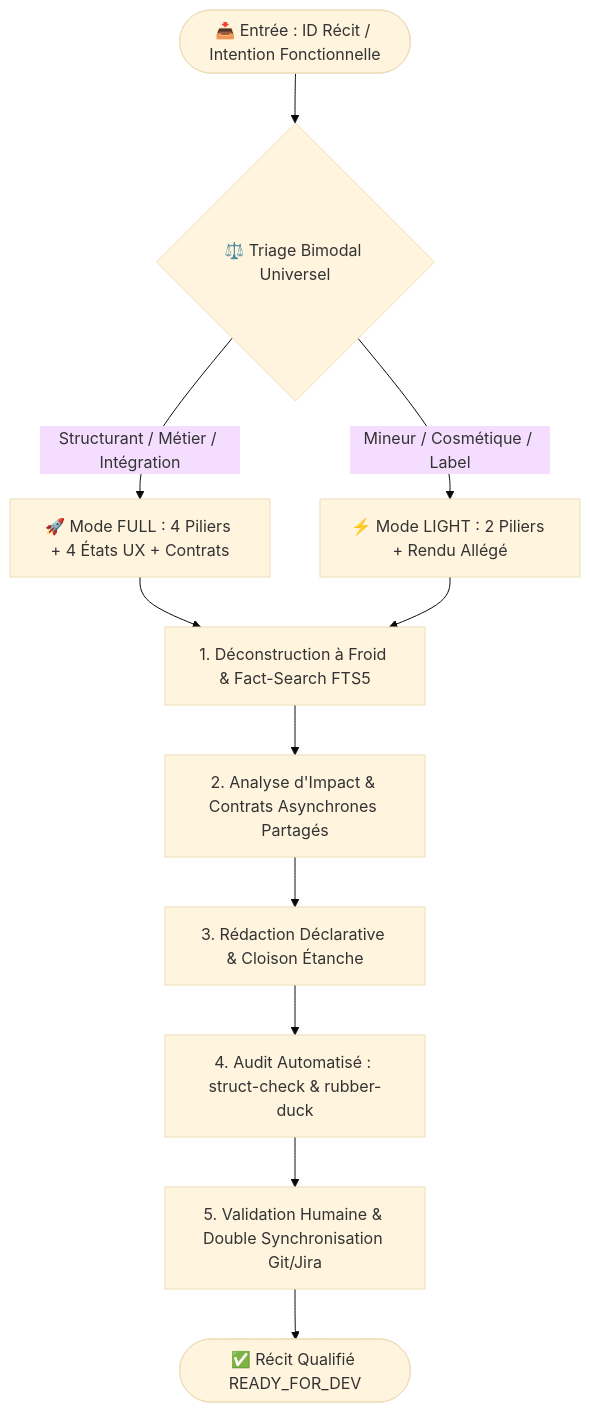
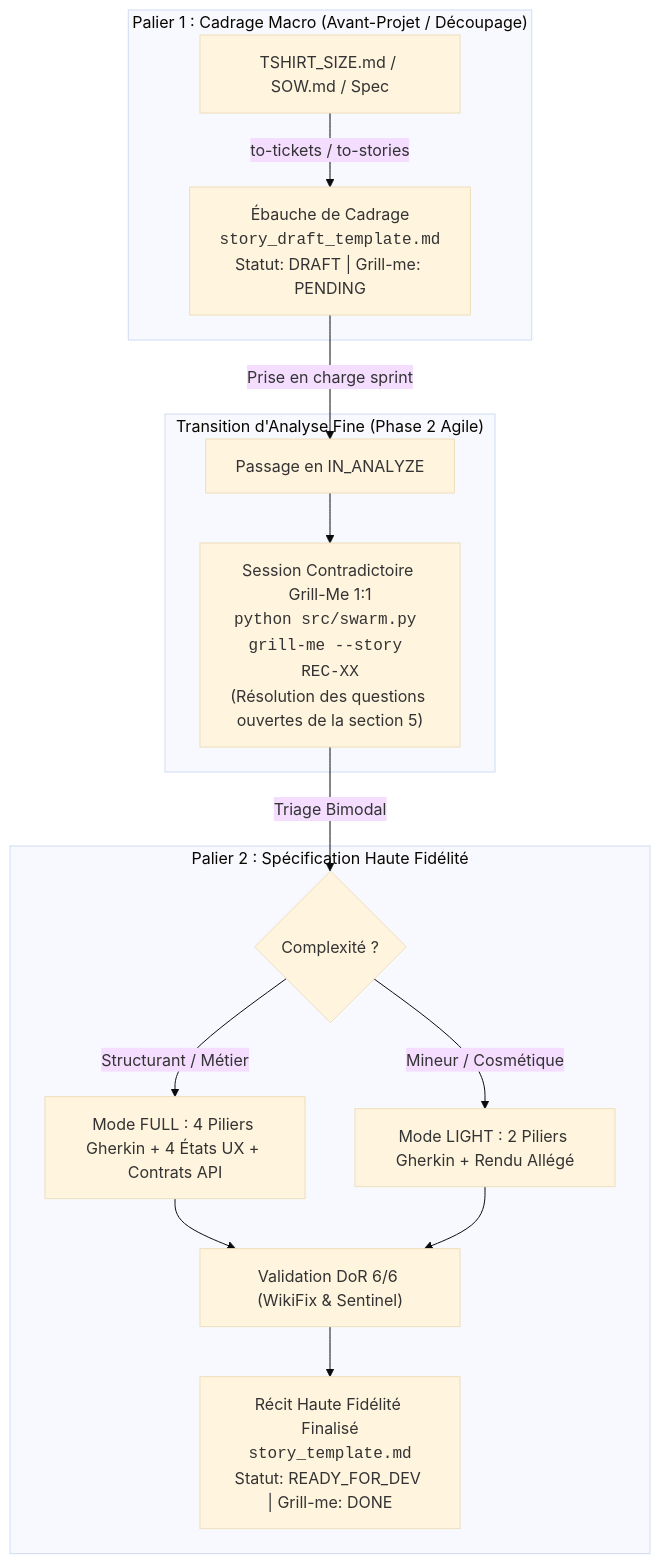
Before and after one commit to Marco-Lefrancois/memory-loop: the diagram in standards/protocols/STORY_AUTHORING_FRAMEWORK.md, drawn with Mermaid (base theme). The commit also changed other lines of this file and 88 other files, not shown here.

````diff
--- a/standards/protocols/STORY_AUTHORING_FRAMEWORK.md
+++ b/standards/protocols/STORY_AUTHORING_FRAMEWORK.md
@@ -34,16 +27,20 @@
 ```mermaid
 flowchart TD
-    Start([📥 Entrée : ID Récit / Intention Fonctionnelle]) --> Step0{⚖️ Triage Bimodal Universel}
-    
-    Step0 -->|Structurant / Métier / Intégration| FullMode[🚀 Mode FULL : 4 Piliers + 4 États UX + Contrats]
-    Step0 -->|Mineur / Cosmétique / Label| LightMode[⚡ Mode LIGHT : 2 Piliers + Rendu Allégé]
-    
-    FullMode --> Step1[1. Déconstruction à Froid & Fact-Search FTS5]
-    LightMode --> Step1
-    
-    Step1 --> Step2[2. Analyse d'Impact & Contrats Asynchrones Partagés]
-    Step2 --> Step3[3. Rédaction Déclarative & Cloison Étanche]
-    Step3 --> Step4[4. Audit Automatisé : struct-check & rubber-duck]
-    Step4 --> Step5[5. Validation Humaine & Double Synchronisation Git/Jira]
-    Step5 --> End([✅ Récit Qualifié READY_FOR_DEV])
+    subgraph Palier1["Palier 1 : Cadrage Macro (Avant-Projet / Découpage)"]
+        TS["TSHIRT_SIZE.md / SOW.md / Spec"] -->|"to-tickets / to-stories"| DRAFT["Ébauche de Cadrage<br/><code>story_draft_template.md</code><br/>Statut: DRAFT | Grill-me: PENDING"]
+    end
+
+    subgraph Transition["Transition d'Analyse Fine (Phase 2 Agile)"]
+        DRAFT -->|"Prise en charge sprint"| IN_ANALYZE["Passage en IN_ANALYZE"]
+        IN_ANALYZE --> GRILL["Session Contradictoire Grill-Me 1:1<br/><code>python src/swarm.py grill-me --story REC-XX</code><br/>(Résolution des questions ouvertes de la section 5)"]
+    end
+
+    subgraph Palier2["Palier 2 : Spécification Haute Fidélité"]
+        GRILL -->|"Triage Bimodal"| MODE{Complexité ?}
+        MODE -->|Structurant / Métier| FULL["Mode FULL : 4 Piliers Gherkin + 4 États UX + Contrats API"]
+        MODE -->|Mineur / Cosmétique| LIGHT["Mode LIGHT : 2 Piliers Gherkin + Rendu Allégé"]
+        FULL --> DOR["Validation DoR 6/6 (WikiFix & Sentinel)"]
+        LIGHT --> DOR
+        DOR --> READY["Récit Haute Fidélité Finalisé<br/><code>story_template.md</code><br/>Statut: READY_FOR_DEV | Grill-me: DONE"]
+    end
 ```
````
